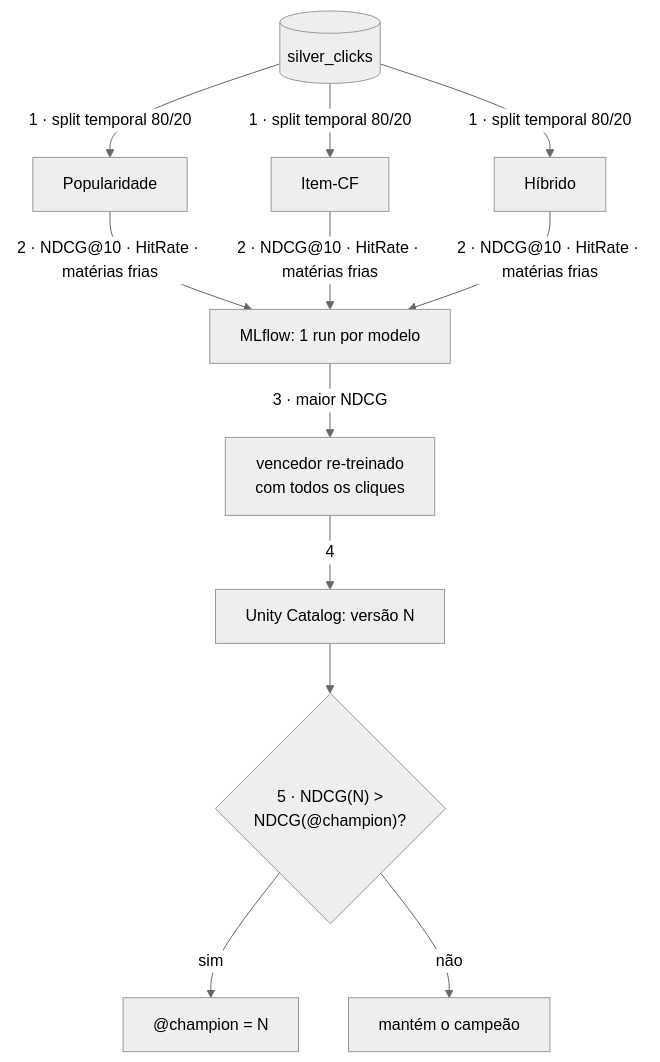
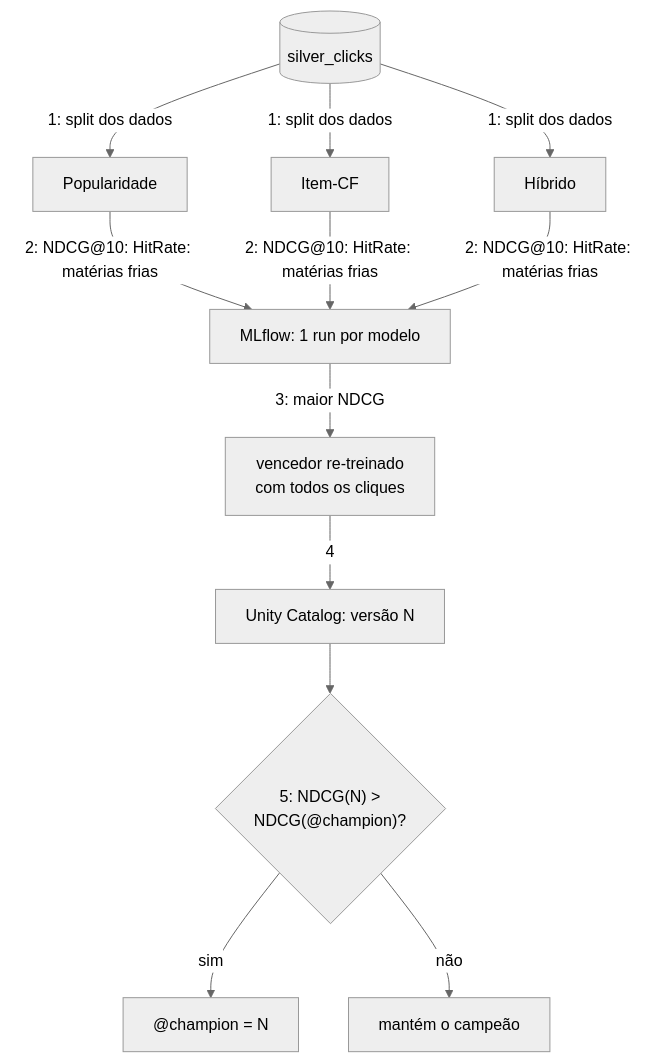
Before and after one commit to will3g/news-recsys-databricks: the second of 4 diagrams in docs/ARQUITETURA.md, drawn with Mermaid (neutral theme). The commit also changed other lines of this file and 7 other files, not shown here.

````diff
--- a/docs/ARQUITETURA.md
+++ b/docs/ARQUITETURA.md
@@ -60,10 +57,10 @@
 ```mermaid
 flowchart TB
-    D[("silver_clicks")] -- "1 · split temporal 80/20" --> M1["Popularidade"] & M2["Item-CF"] & M3["Híbrido"]
-    M1 & M2 & M3 -- "2 · NDCG@10 · HitRate · matérias frias" --> R["MLflow: 1 run por modelo"]
-    R -- "3 · maior NDCG" --> W["vencedor re-treinado<br/>com todos os cliques"]
+    D[("silver_clicks")] -- "1: split dos dados" --> M1["Popularidade"] & M2["Item-CF"] & M3["Híbrido"]
+    M1 & M2 & M3 -- "2: NDCG@10: HitRate: matérias frias" --> R["MLflow: 1 run por modelo"]
+    R -- "3: maior NDCG" --> W["vencedor re-treinado<br/>com todos os cliques"]
     W -- "4" --> V["Unity Catalog: versão N"]
-    V --> G{"5 · NDCG(N) ><br/>NDCG(@champion)?"}
+    V --> G{"5: NDCG(N) ><br/>NDCG(@champion)?"}
     G -- "sim" --> C["@champion = N"]
     G -- "não" --> K["mantém o campeão"]
 ```
````
